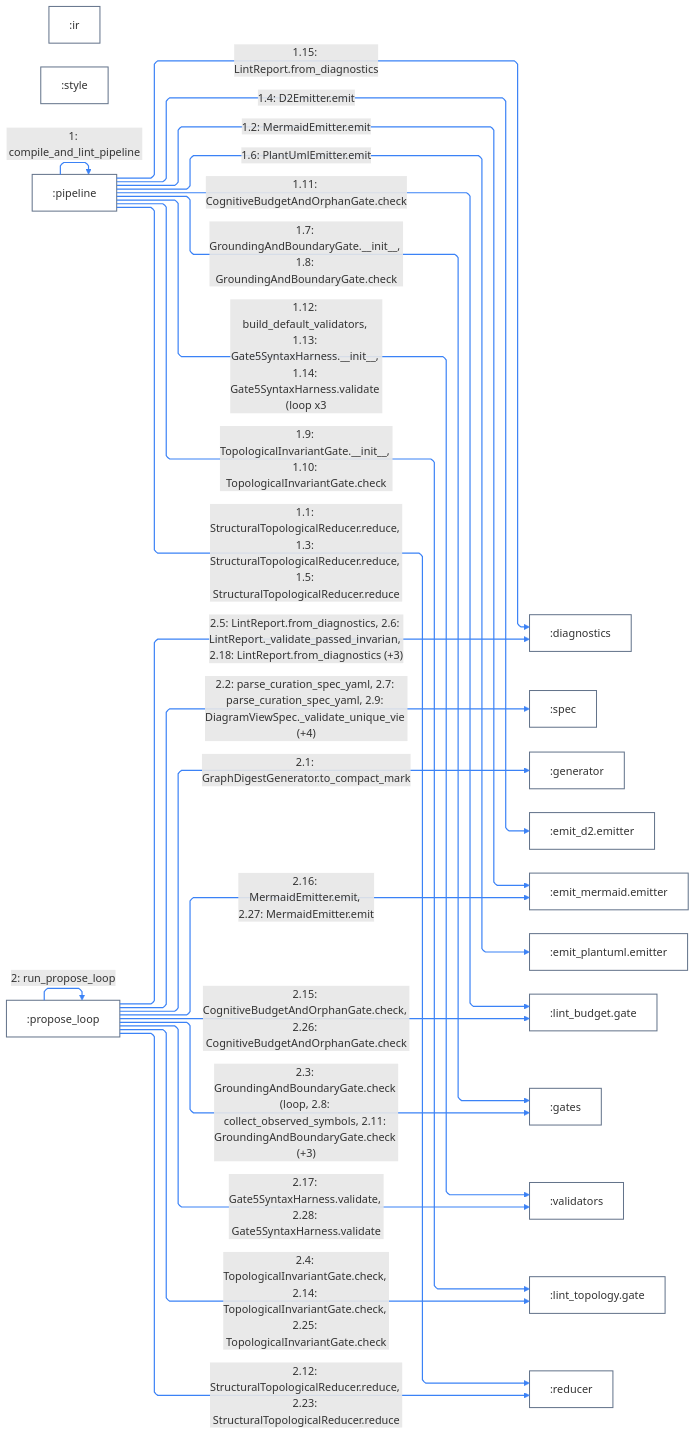
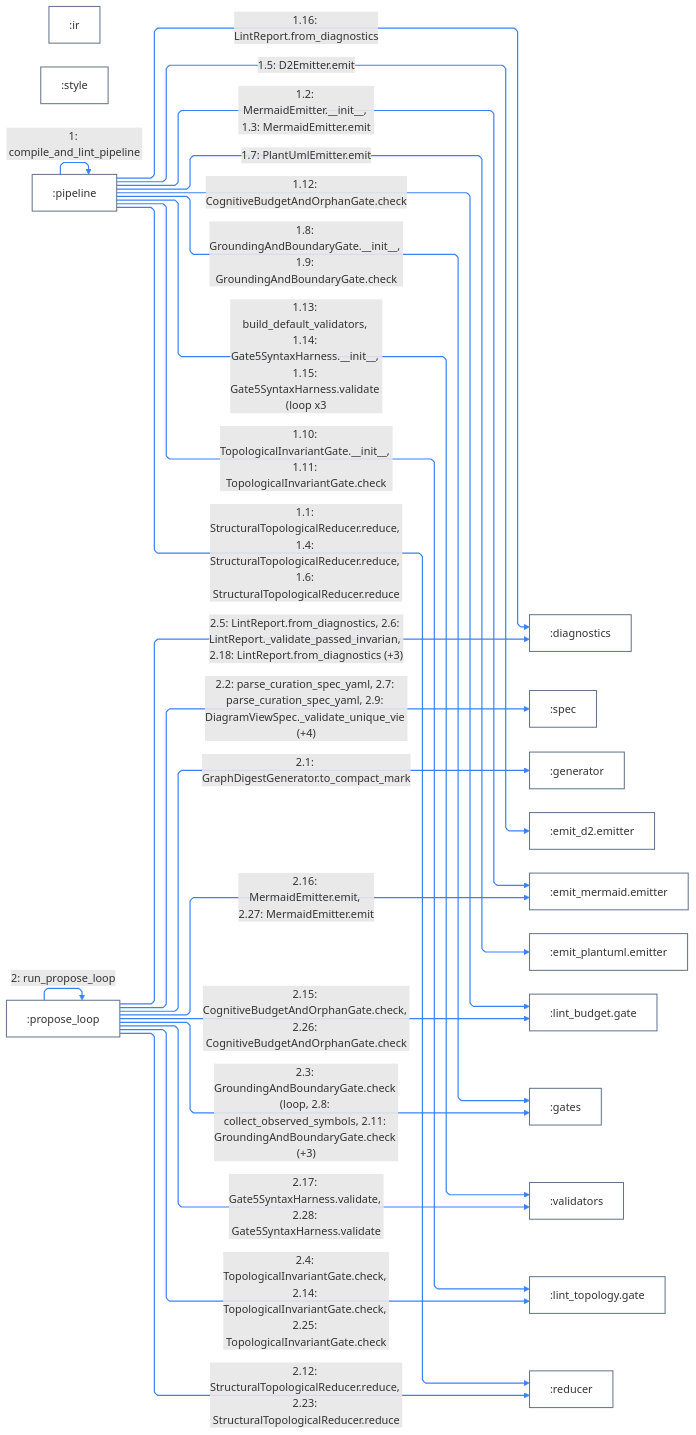
One commit to klcd/archigram changed the sixth of 8 diagrams in docs/architecture/uml-and-curation-showcase.md. Above: the diagram before and after it, drawn with Mermaid. The commit also changed other lines of this file and 86 other files, not shown here.

Commit message:
feat(theme): centralize mermaid theming and fix dark-mode diagrams

````diff
--- a/docs/architecture/uml-and-curation-showcase.md
+++ b/docs/architecture/uml-and-curation-showcase.md
@@ -573,59 +534,50 @@
 ```mermaid
 ---
 config:
   layout: elk
   elk:
     mergeEdges: false
     nodePlacementStrategy: BRANDES_KOEPF
   flowchart:
     defaultRenderer: elk
     curve: linear
-  themeVariables:
-    primaryColor: transparent
-    secondaryColor: transparent
-    tertiaryColor: transparent
-    mainBkg: transparent
-    nodeBorder: '#64748b'
-    clusterBkg: transparent
-    clusterBorder: '#64748b'
-    lineColor: '#64748b'
 ---
 flowchart LR
   classDef default fill:transparent,stroke:#64748b,stroke-width:1.5px
   o0[":diagnostics"]
   o1[":ir"]
   o2[":spec"]
   o3[":style"]
   o4[":pipeline"]
   o5[":propose_loop"]
   o6[":generator"]
   o7[":emit_d2.emitter"]
   o8[":emit_mermaid.emitter"]
   o9[":emit_plantuml.emitter"]
   o10[":lint_budget.gate"]
   o11[":gates"]
   o12[":validators"]
   o13[":lint_topology.gate"]
   o14[":reducer"]
   o4 -->|"1: compile_and_lint_pipeline"| o4
-  o4 -->|"1.1: StructuralTopologicalReducer.reduce, 1.3: StructuralTopologicalReducer.reduce, 1.5: StructuralTopologicalReducer.reduce"| o14
-  o4 -->|"1.2: MermaidEmitter.emit"| o8
-  o4 -->|"1.4: D2Emitter.emit"| o7
-  o4 -->|"1.6: PlantUmlEmitter.emit"| o9
-  o4 -->|"1.7: GroundingAndBoundaryGate.__init__, 1.8: GroundingAndBoundaryGate.check"| o11
-  o4 -->|"1.9: TopologicalInvariantGate.__init__, 1.10: TopologicalInvariantGate.check"| o13
-  o4 -->|"1.11: CognitiveBudgetAndOrphanGate.check"| o10
-  o4 -->|"1.12: build_default_validators, 1.13: Gate5SyntaxHarness.__init__, 1.14: Gate5SyntaxHarness.validate (loop x3"| o12
-  o4 -->|"1.15: LintReport.from_diagnostics"| o0
+  o4 -->|"1.1: StructuralTopologicalReducer.reduce, 1.4: StructuralTopologicalReducer.reduce, 1.6: StructuralTopologicalReducer.reduce"| o14
+  o4 -->|"1.2: MermaidEmitter.__init__, 1.3: MermaidEmitter.emit"| o8
+  o4 -->|"1.5: D2Emitter.emit"| o7
+  o4 -->|"1.7: PlantUmlEmitter.emit"| o9
+  o4 -->|"1.8: GroundingAndBoundaryGate.__init__, 1.9: GroundingAndBoundaryGate.check"| o11
+  o4 -->|"1.10: TopologicalInvariantGate.__init__, 1.11: TopologicalInvariantGate.check"| o13
+  o4 -->|"1.12: CognitiveBudgetAndOrphanGate.check"| o10
+  o4 -->|"1.13: build_default_validators, 1.14: Gate5SyntaxHarness.__init__, 1.15: Gate5SyntaxHarness.validate (loop x3"| o12
+  o4 -->|"1.16: LintReport.from_diagnostics"| o0
   o5 -->|"2: run_propose_loop"| o5
   o5 -->|"2.1: GraphDigestGenerator.to_compact_mark"| o6
   o5 -->|"2.2: parse_curation_spec_yaml, 2.7: parse_curation_spec_yaml, 2.9: DiagramViewSpec._validate_unique_vie (+4)"| o2
   o5 -->|"2.3: GroundingAndBoundaryGate.check (loop, 2.8: collect_observed_symbols, 2.11: GroundingAndBoundaryGate.check (+3)"| o11
   o5 -->|"2.4: TopologicalInvariantGate.check, 2.14: TopologicalInvariantGate.check, 2.25: TopologicalInvariantGate.check"| o13
   o5 -->|"2.5: LintReport.from_diagnostics, 2.6: LintReport._validate_passed_invarian, 2.18: LintReport.from_diagnostics (+3)"| o0
   o5 -->|"2.12: StructuralTopologicalReducer.reduce, 2.23: StructuralTopologicalReducer.reduce"| o14
   o5 -->|"2.15: CognitiveBudgetAndOrphanGate.check, 2.26: CognitiveBudgetAndOrphanGate.check"| o10
   o5 -->|"2.16: MermaidEmitter.emit, 2.27: MermaidEmitter.emit"| o8
   o5 -->|"2.17: Gate5SyntaxHarness.validate, 2.28: Gate5SyntaxHarness.validate"| o12
   linkStyle 0,1,2,3,4,5,6,7,8,9,10,11,12,13,14,15,16,17,18,19 stroke:#3b82f6,stroke-width:1.75px
 ```
````
